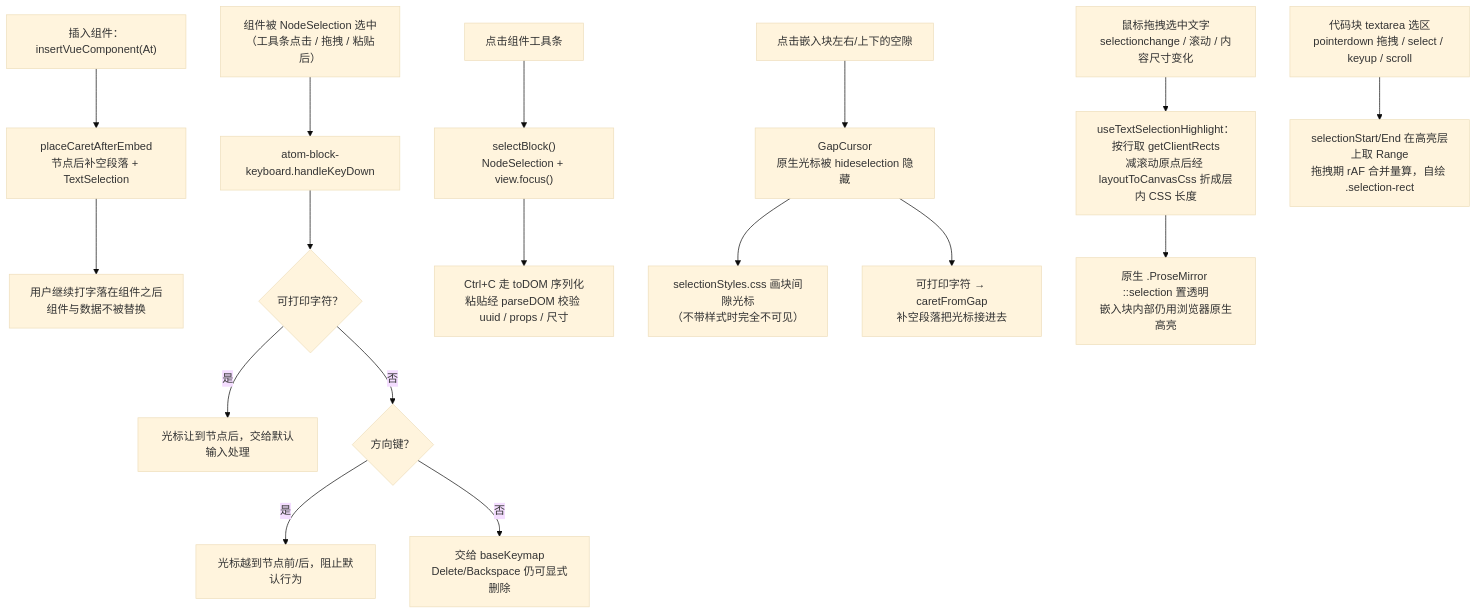
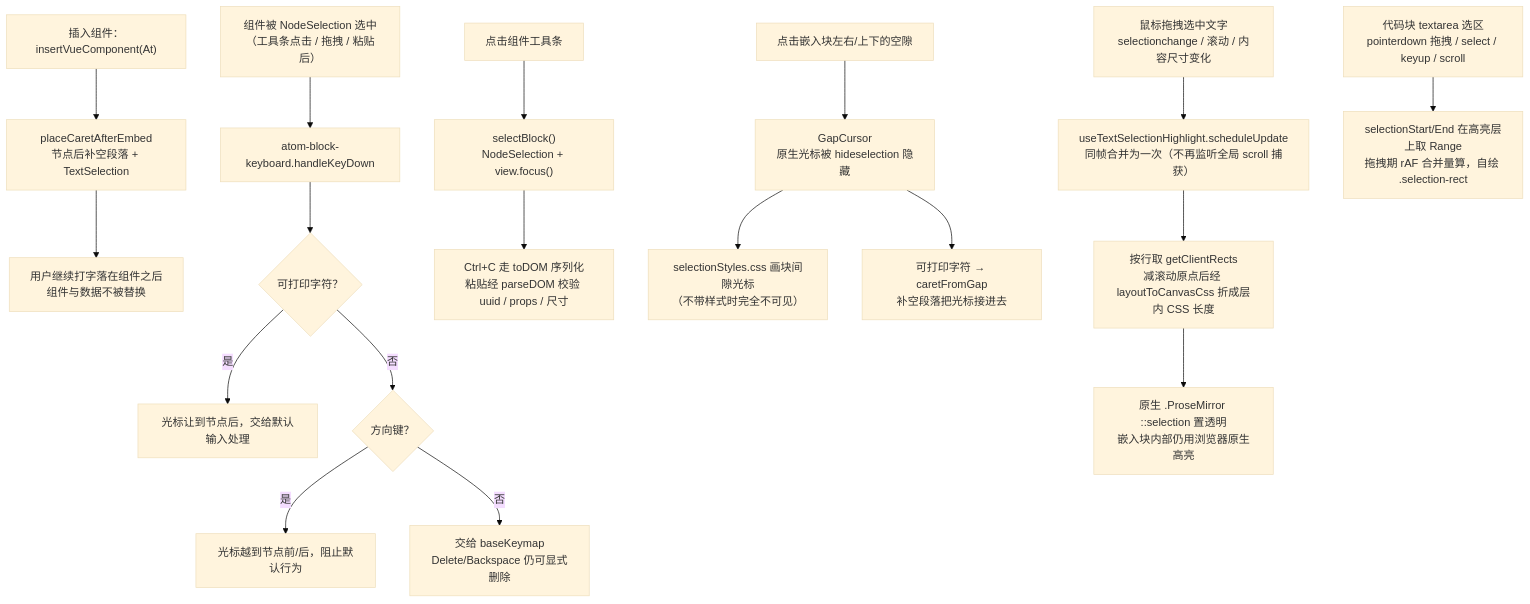
The seventh of 7 diagrams in src/docs/flow/07-events-flow.md (LogicAurora/Mindrizzle), drawn with Mermaid (base theme) before and after one commit. The commit also changed other lines of this file and 9 other files, not shown here.

````diff
--- a/src/docs/flow/07-events-flow.md
+++ b/src/docs/flow/07-events-flow.md
@@ -151,24 +151,25 @@
 ```mermaid
 flowchart TD
   A["插入组件：insertVueComponent(At)"] --> B["placeCaretAfterEmbed<br/>节点后补空段落 + TextSelection"]
   B --> C["用户继续打字落在组件之后<br/>组件与数据不被替换"]
 
   D["组件被 NodeSelection 选中<br/>（工具条点击 / 拖拽 / 粘贴后）"] --> E["atom-block-keyboard.handleKeyDown"]
   E --> F{"可打印字符？"}
   F -->|是| G["光标让到节点后，交给默认输入处理"]
   F -->|否| H{"方向键？"}
   H -->|是| I["光标越到节点前/后，阻止默认行为"]
   H -->|否| J["交给 baseKeymap<br/>Delete/Backspace 仍可显式删除"]
 
   K["点击组件工具条"] --> L["selectBlock()<br/>NodeSelection + view.focus()"]
   L --> M["Ctrl+C 走 toDOM 序列化<br/>粘贴经 parseDOM 校验 uuid / props / 尺寸"]
 
   N["点击嵌入块左右/上下的空隙"] --> O["GapCursor<br/>原生光标被 hideselection 隐藏"]
   O --> P["selectionStyles.css 画块间隙光标<br/>（不带样式时完全不可见）"]
   O --> Q["可打印字符 → caretFromGap<br/>补空段落把光标接进去"]
 
-  R["鼠标拖拽选中文字<br/>selectionchange / 滚动 / 内容尺寸变化"] --> S["useTextSelectionHighlight：按行取 getClientRects<br/>减滚动原点后经 layoutToCanvasCss 折成层内 CSS 长度"]
+  R["鼠标拖拽选中文字<br/>selectionchange / 滚动 / 内容尺寸变化"] --> R0["useTextSelectionHighlight.scheduleUpdate<br/>同帧合并为一次（不再监听全局 scroll 捕获）"]
+  R0 --> S["按行取 getClientRects<br/>减滚动原点后经 layoutToCanvasCss 折成层内 CSS 长度"]
   S --> T["原生 .ProseMirror ::selection 置透明<br/>嵌入块内部仍用浏览器原生高亮"]
 
   U["代码块 textarea 选区<br/>pointerdown 拖拽 / select / keyup / scroll"] --> V["selectionStart/End 在高亮层上取 Range<br/>拖拽期 rAF 合并量算，自绘 .selection-rect"]
 ```
````
